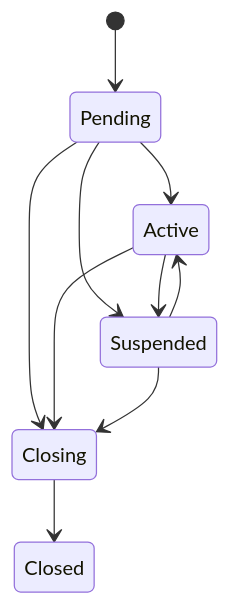
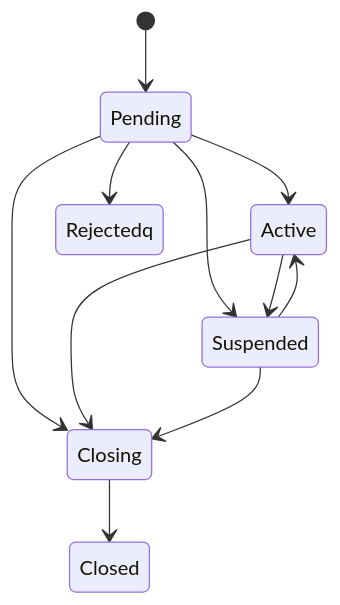
Before and after one commit to wealthkernel/api-documentation-guides: the second of 2 diagrams in docs/accounts/Basics.md, drawn with Mermaid. The commit also changed other lines of this file, not shown here.

````diff
--- a/docs/accounts/Basics.md
+++ b/docs/accounts/Basics.md
@@ -38,12 +38,13 @@
 ```mermaid
 stateDiagram-v2
     [*] --> Pending
     Pending --> Active
     Pending --> Suspended
     Pending --> Closing
+    Pending --> Rejectedq
     Active --> Suspended
     Active --> Closing
     Suspended --> Active
     Suspended --> Closing
     Closing --> Closed
 ```
````
